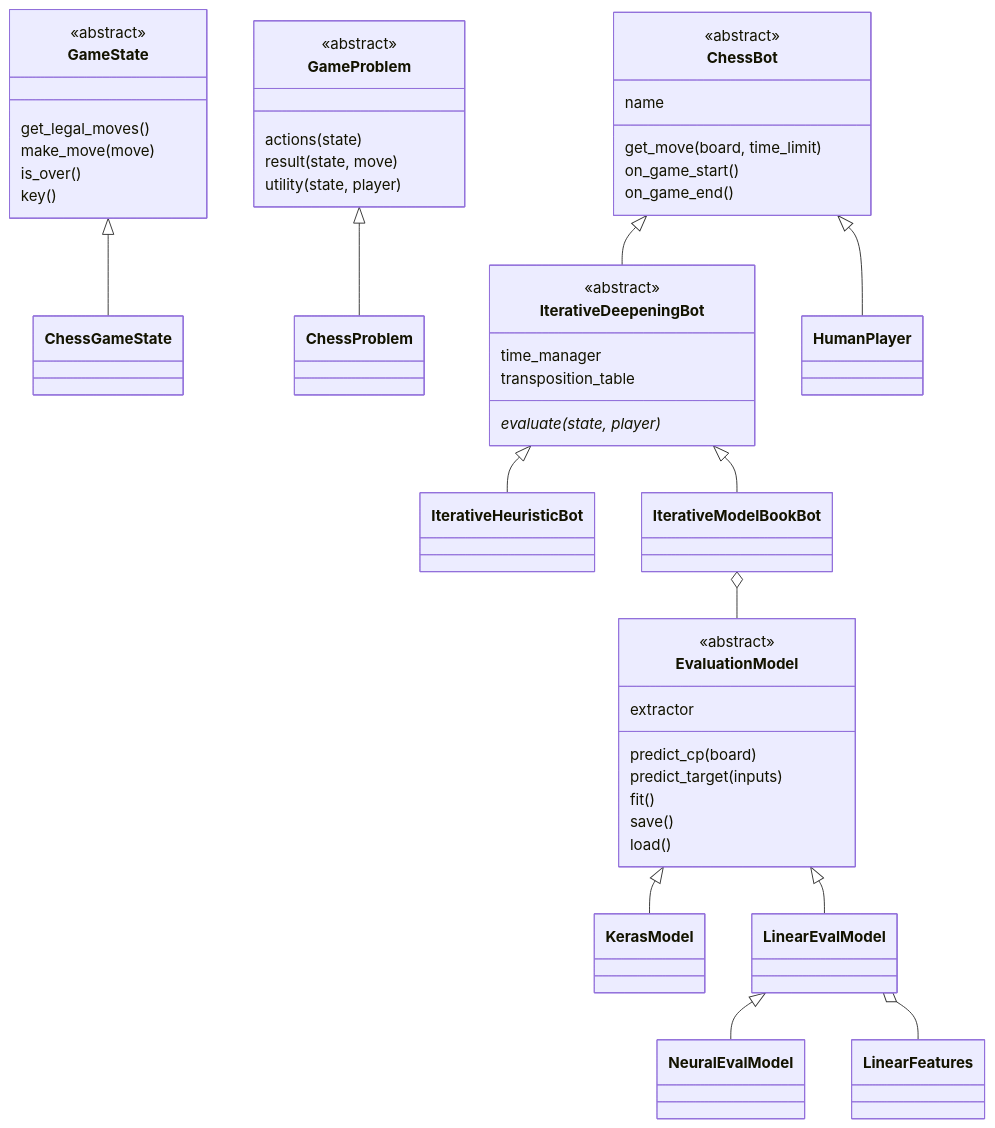
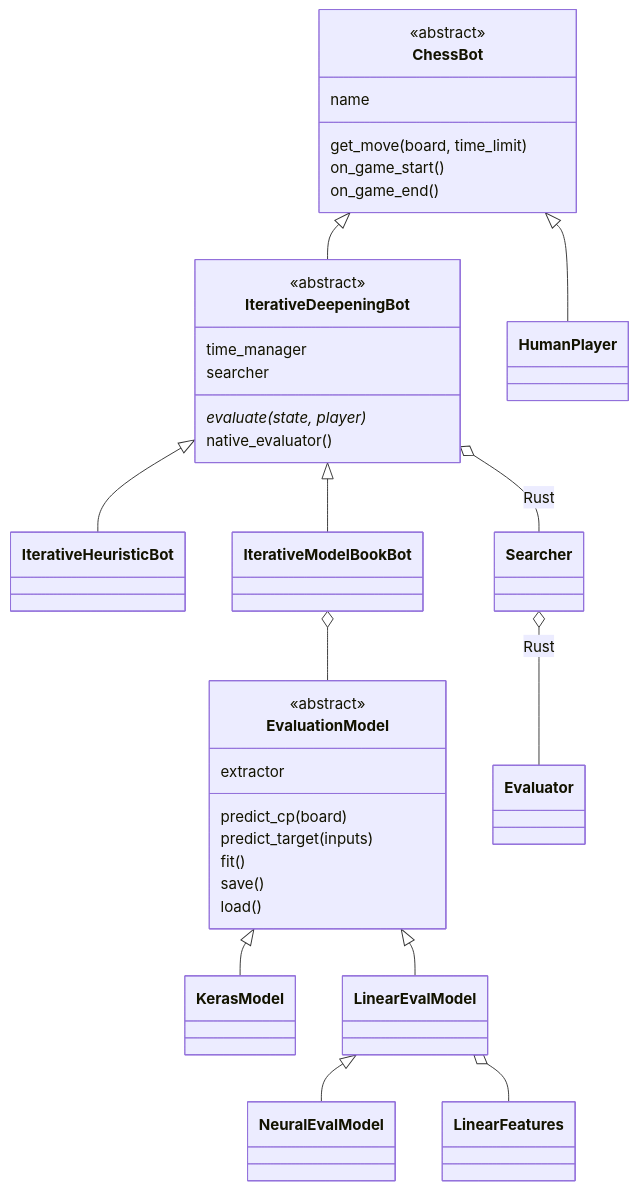
Before and after one commit to JoaquinDeVA/chess-ai-engine: the second of 3 diagrams in docs/ARCHITECTURE.md, drawn with Mermaid. The commit also changed other lines of this file and 8 other files, not shown here.

Commit message:
feat: helper threads search ahead of the main thread; thread scaling measured; docs of the Rust move

````diff
--- a/docs/ARCHITECTURE.md
+++ b/docs/ARCHITECTURE.md
@@ -64,51 +68,38 @@
 ```mermaid
 classDiagram
-    class GameState {
-        <<abstract>>
-        get_legal_moves()
-        make_move(move)
-        is_over()
-        key()
-    }
-    class GameProblem {
-        <<abstract>>
-        actions(state)
-        result(state, move)
-        utility(state, player)
-    }
-    GameState <|-- ChessGameState
-    GameProblem <|-- ChessProblem
-
     class ChessBot {
         <<abstract>>
         name
         get_move(board, time_limit)
         on_game_start()
         on_game_end()
     }
     class IterativeDeepeningBot {
         <<abstract>>
         time_manager
-        transposition_table
+        searcher
         evaluate(state, player)*
+        native_evaluator()
     }
     ChessBot <|-- IterativeDeepeningBot
     ChessBot <|-- HumanPlayer
     IterativeDeepeningBot <|-- IterativeHeuristicBot
     IterativeDeepeningBot <|-- IterativeModelBookBot
 
     class EvaluationModel {
         <<abstract>>
         extractor
         predict_cp(board)
         predict_target(inputs)
         fit()
         save()
         load()
     }
     EvaluationModel <|-- KerasModel
     EvaluationModel <|-- LinearEvalModel
     LinearEvalModel <|-- NeuralEvalModel
     LinearEvalModel o-- LinearFeatures
     IterativeModelBookBot o-- EvaluationModel
+    IterativeDeepeningBot o-- Searcher : Rust
+    Searcher o-- Evaluator : Rust
 ```
````
